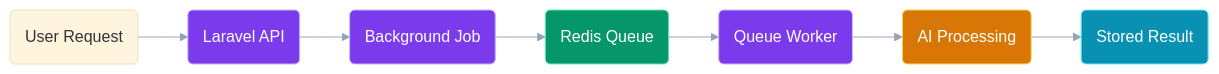
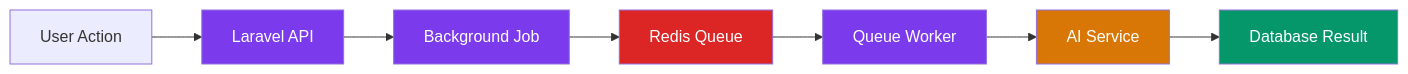
One commit to kupiMZS/CareerIQ-AI changed diagram 14 of 26 in documentation/03-system-architecture.md. Above: the diagram before and after it, drawn with Mermaid. The commit also changed other lines of this file and 9 other files, not shown here.

Commit message:
docs: finalize complete system documentation and architecture foundation

````diff
--- a/documentation/03-system-architecture.md
+++ b/documentation/03-system-architecture.md
@@ -1044,68 +2026,58 @@
 ```mermaid
-%%{init:{
-'theme':'base',
-'themeVariables':{
-'fontFamily':'Inter',
-'lineColor':'#94A3B8'
-}
-}}%%
-
-
 flowchart LR
 
 
-REQUEST("User Request")
+USER["User Action"]
 
 
-API("Laravel API")
+API["Laravel API"]
 
 
-JOB("Background Job")
+JOB["Background Job"]
 
 
-REDIS("Redis Queue")
+QUEUE["Redis Queue"]
 
 
-WORKER("Queue Worker")
+WORKER["Queue Worker"]
 
 
-AI("AI Processing")
+AI["AI Service"]
 
 
-RESULT("Stored Result")
+RESULT["Database Result"]
 
 
 
-REQUEST --> API
+USER --> API
 
 API --> JOB
 
-JOB --> REDIS
+JOB --> QUEUE
 
-REDIS --> WORKER
+QUEUE --> WORKER
 
 WORKER --> AI
 
 AI --> RESULT
 
 
 
-classDef backend fill:#7C3AED,stroke:#C4B5FD,color:#FFFFFF;
+classDef backend fill:#7C3AED,color:white;
 
-classDef database fill:#059669,stroke:#6EE7B7,color:#FFFFFF;
+classDef queue fill:#DC2626,color:white;
 
-classDef ai fill:#D97706,stroke:#FCD34D,color:#FFFFFF;
+classDef ai fill:#D97706,color:white;
 
-classDef output fill:#0891B2,stroke:#67E8F9,color:#FFFFFF;
-
+classDef data fill:#059669,color:white;
 
 
 class API,JOB,WORKER backend;
 
-class REDIS database;
+class QUEUE queue;
 
 class AI ai;
 
-class RESULT output;
+class RESULT data;
 
 ```
````
